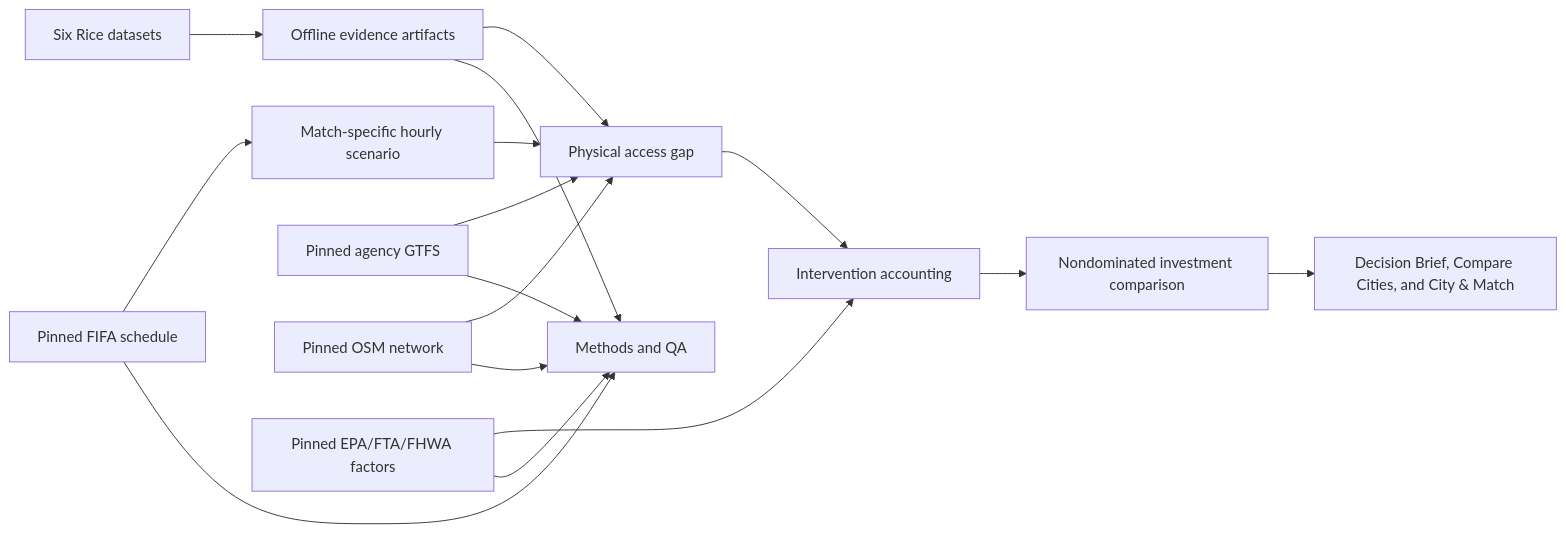
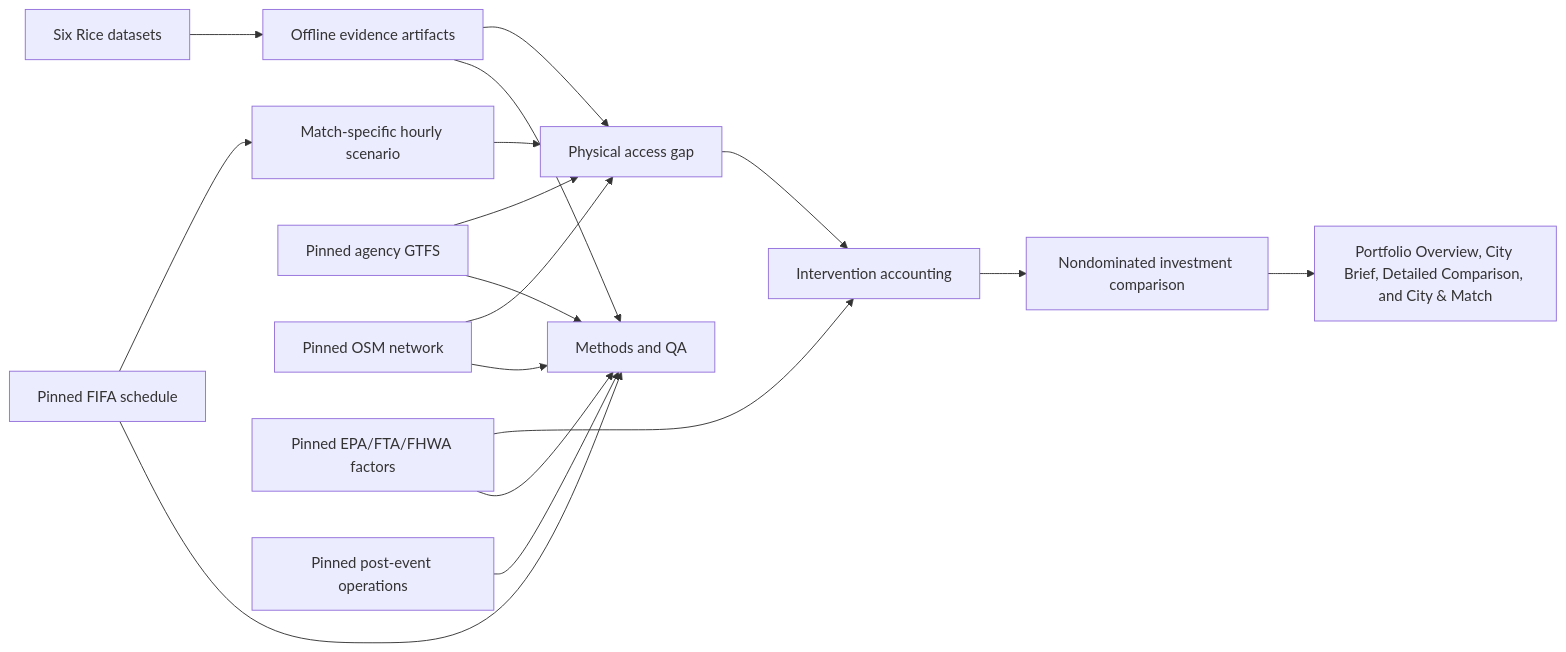
The diagram in docs/METHODOLOGY.md (Wei-Ping-Lam/mobility-platform), drawn with Mermaid before and after one commit. The commit also changed other lines of this file and 8 other files, not shown here.

````diff
--- a/docs/METHODOLOGY.md
+++ b/docs/METHODOLOGY.md
@@ -15,18 +15,19 @@
 ```mermaid
 flowchart LR
   R[Six Rice datasets] --> E[Offline evidence artifacts]
   F[Pinned FIFA schedule] --> M[Match-specific hourly scenario]
   G[Pinned agency GTFS] --> A[Physical access gap]
   O[Pinned OSM network] --> A
   E --> A
   M --> A
   X[Pinned EPA/FTA/FHWA factors] --> I[Intervention accounting]
+  D[Pinned post-event operations] --> Q[Methods and QA]
   A --> I
   I --> P[Nondominated investment comparison]
   E --> Q[Methods and QA]
   F --> Q
   G --> Q
   O --> Q
   X --> Q
-  P --> U[Decision Brief, Compare Cities, and City & Match]
+  P --> U[Portfolio Overview, City Brief, Detailed Comparison, and City & Match]
 ```
````
